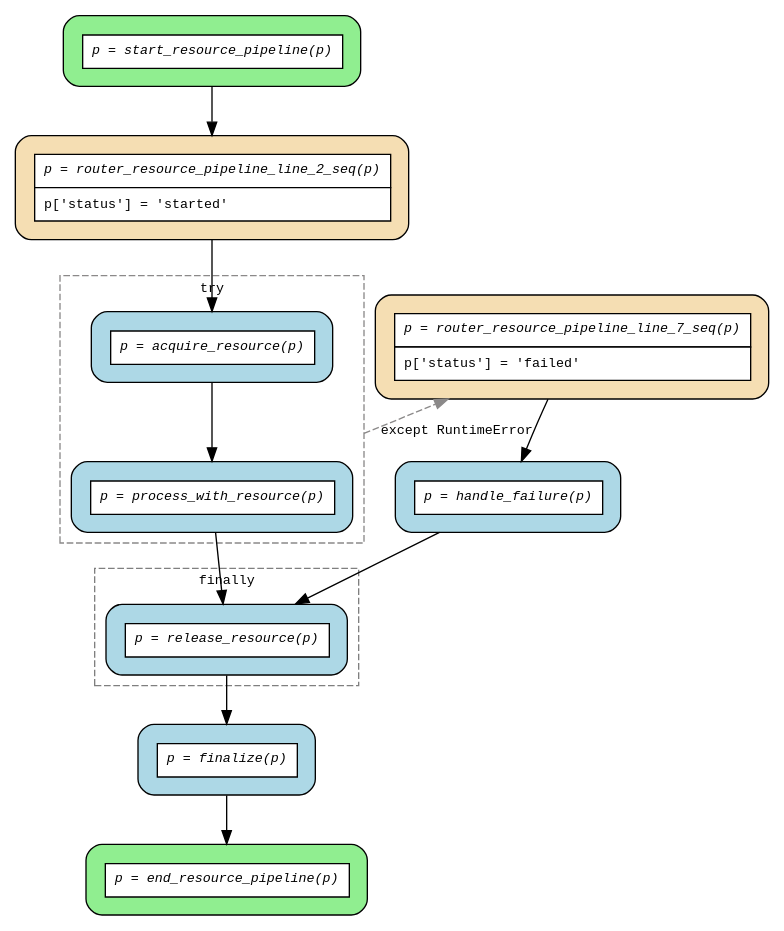
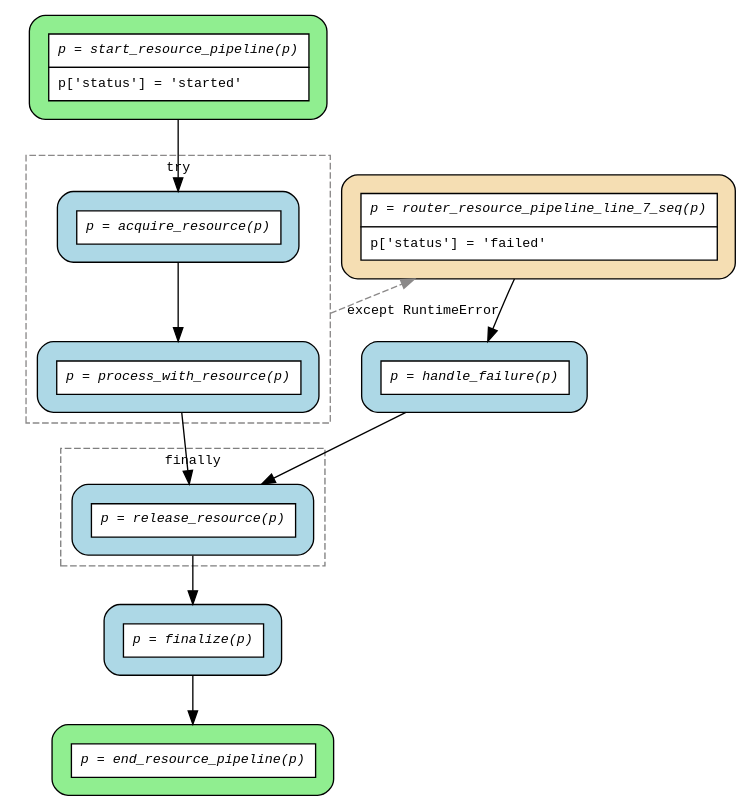
The diagram in examples/flows/compiled/try_except_finally/flow.dot (deliveryhero/asya), drawn with Graphviz before and after one commit. The commit also changed 21 other files, not shown here.

Commit message:
Add mutations to start_* and make proper except flow

```diff
--- a/examples/flows/compiled/try_except_finally/flow.dot
+++ b/examples/flows/compiled/try_except_finally/flow.dot
@@ -1,41 +1,39 @@
 digraph flow {
   rankdir=TB;
   compound=true;
   graph [fontname="Courier", fontsize=10];
   node [fontname="Courier", fontsize=10, shape=box, style="filled,rounded", margin="0.2"];
   edge [fontname="Courier", fontsize=10];
 
-  start_resource_pipeline [fillcolor="lightgreen", group="main", label=<<table border="0" cellspacing="0" cellpadding="6" cellborder="1"><tr><td bgcolor="white" align="center"><i>p = start_resource_pipeline(p)</i></td></tr></table>>];
+  start_resource_pipeline [fillcolor="lightgreen", group="main", label=<<table border="0" cellspacing="0" cellpadding="6" cellborder="1"><tr><td bgcolor="white" align="center"><i>p = start_resource_pipeline(p)</i></td></tr><tr><td bgcolor="white" align="left">p['status'] = 'started'</td></tr></table>>];
   router_resource_pipeline_line_7_seq [fillcolor="wheat", group="main", label=<<table border="0" cellspacing="0" cellpadding="6" cellborder="1"><tr><td bgcolor="white" align="center"><i>p = router_resource_pipeline_line_7_seq(p)</i></td></tr><tr><td bgcolor="white" align="left">p['status'] = 'failed'</td></tr></table>>];
-  router_resource_pipeline_line_2_seq [fillcolor="wheat", group="main", label=<<table border="0" cellspacing="0" cellpadding="6" cellborder="1"><tr><td bgcolor="white" align="center"><i>p = router_resource_pipeline_line_2_seq(p)</i></td></tr><tr><td bgcolor="white" align="left">p['status'] = 'started'</td></tr></table>>];
   end_resource_pipeline [fillcolor="lightgreen", group="main", label=<<table border="0" cellspacing="0" cellpadding="6" cellborder="1"><tr><td bgcolor="white" align="center"><i>p = end_resource_pipeline(p)</i></td></tr></table>>];
   finalize [fillcolor="lightblue", label=<<table border="0" cellspacing="0" cellpadding="6" cellborder="1"><tr><td bgcolor="white" align="center"><i>p = finalize(p)</i></td></tr></table>>];
   handle_failure [fillcolor="lightblue", label=<<table border="0" cellspacing="0" cellpadding="6" cellborder="1"><tr><td bgcolor="white" align="center"><i>p = handle_failure(p)</i></td></tr></table>>];
   subgraph cluster_try_0 {
     style=dashed;
     color="snow4";
     fontname="Courier";
     fontsize=10;
     label="try";
     acquire_resource [fillcolor="lightblue", label=<<table border="0" cellspacing="0" cellpadding="6" cellborder="1"><tr><td bgcolor="white" align="center"><i>p = acquire_resource(p)</i></td></tr></table>>];
     process_with_resource [fillcolor="lightblue", label=<<table border="0" cellspacing="0" cellpadding="6" cellborder="1"><tr><td bgcolor="white" align="center"><i>p = process_with_resource(p)</i></td></tr></table>>];
   }
   subgraph cluster_finally_0 {
     style=dashed;
     color="gray50";
     fontname="Courier";
     fontsize=10;
     label="finally";
     release_resource [fillcolor="lightblue", label=<<table border="0" cellspacing="0" cellpadding="6" cellborder="1"><tr><td bgcolor="white" align="center"><i>p = release_resource(p)</i></td></tr></table>>];
   }
 
   acquire_resource -> process_with_resource;
   finalize -> end_resource_pipeline;
   handle_failure -> release_resource;
   process_with_resource -> release_resource;
   process_with_resource -> router_resource_pipeline_line_7_seq [ltail=cluster_try_0, color=snow4, style=dashed, label="except RuntimeError", constraint=false];
   release_resource -> finalize;
-  router_resource_pipeline_line_2_seq -> acquire_resource;
   router_resource_pipeline_line_7_seq -> handle_failure;
-  start_resource_pipeline -> router_resource_pipeline_line_2_seq;
+  start_resource_pipeline -> acquire_resource;
 }
```
